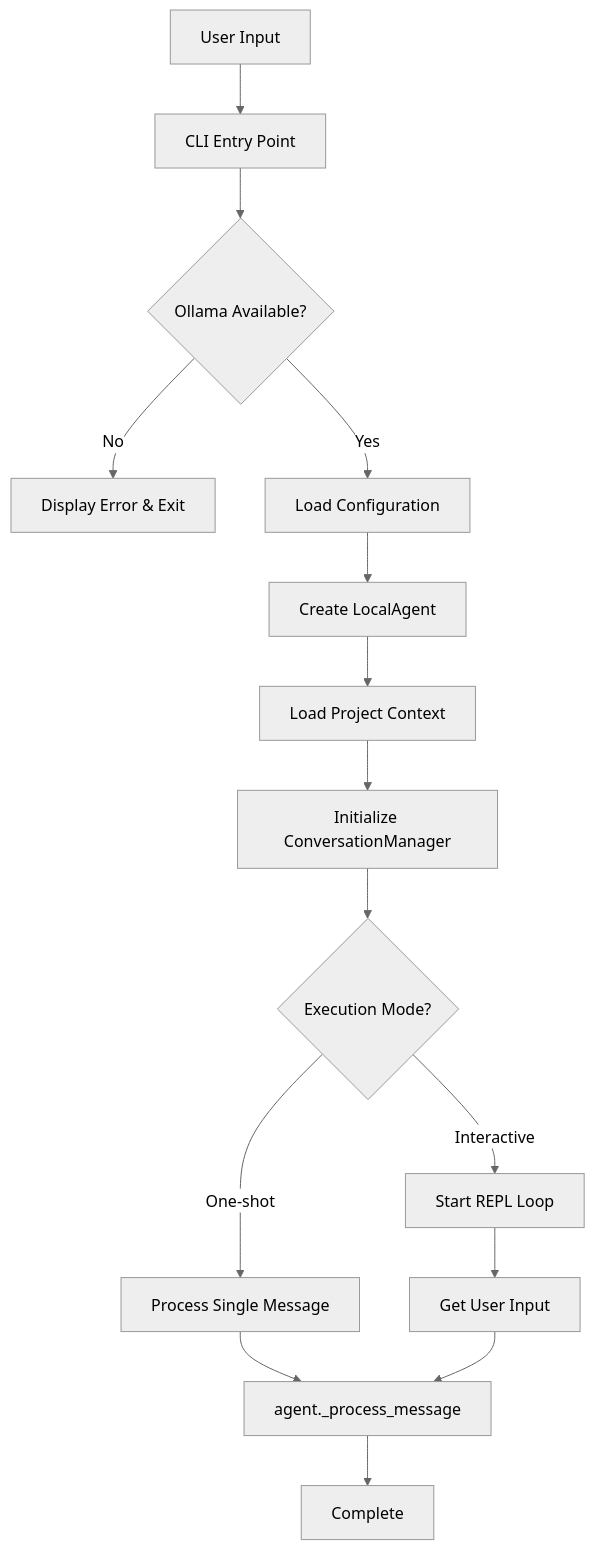
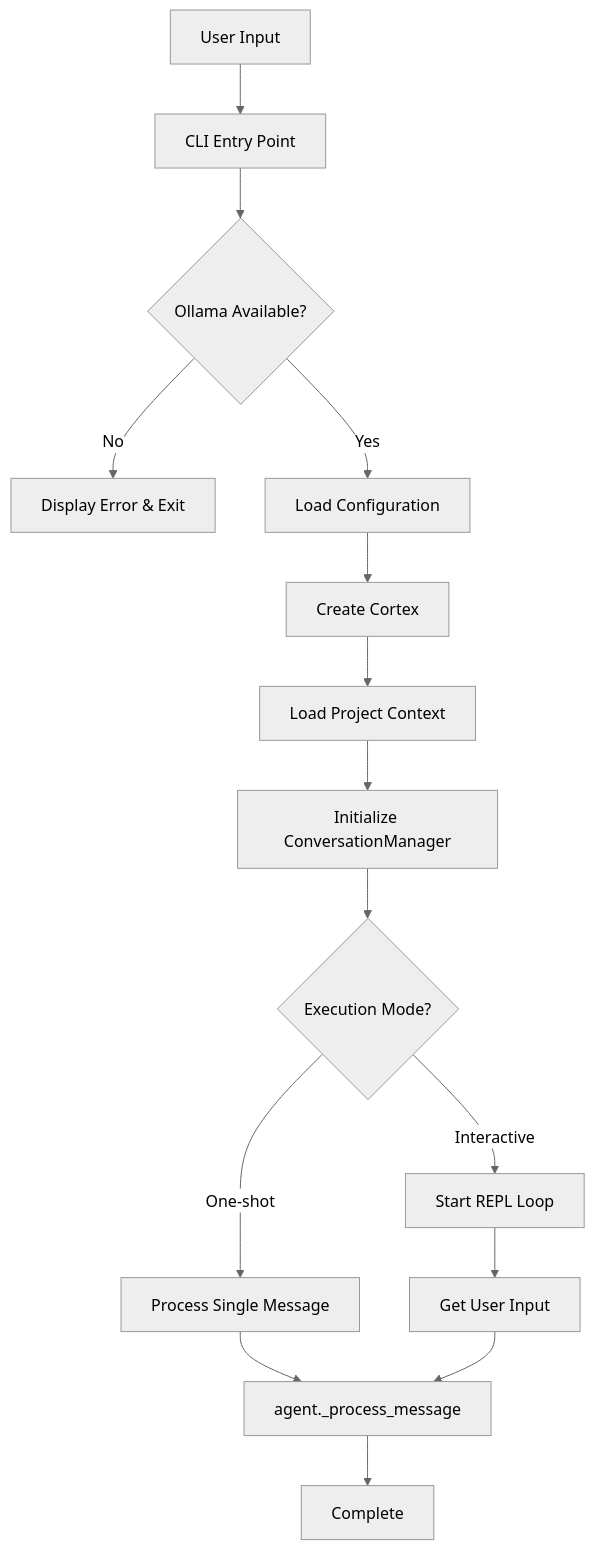
One commit to sebastian420-hub/cortex changed the first of 4 diagrams in docs/research/architecture-analysis.md. Above: the diagram before and after it, drawn with Mermaid (neutral theme). The commit also changed other lines of this file and 15 other files, not shown here.

````diff
--- a/docs/research/architecture-analysis.md
+++ b/docs/research/architecture-analysis.md
@@ -327,17 +327,17 @@
 ```mermaid
 flowchart TD
     Start[User Input] --> CLI[CLI Entry Point]
     CLI --> CheckOllama{Ollama Available?}
     CheckOllama -->|No| Error1[Display Error & Exit]
     CheckOllama -->|Yes| LoadConfig[Load Configuration]
-    LoadConfig --> CreateAgent[Create LocalAgent]
+    LoadConfig --> CreateAgent[Create Cortex]
     CreateAgent --> LoadContext[Load Project Context]
     LoadContext --> InitConversation[Initialize ConversationManager]
     InitConversation --> Mode{Execution Mode?}
     Mode -->|One-shot| OneShot[Process Single Message]
     Mode -->|Interactive| Interactive[Start REPL Loop]
     OneShot --> Process[agent._process_message]
     Interactive --> GetInput[Get User Input]
     GetInput --> Process
     Process --> End[Complete]
 ```
````
